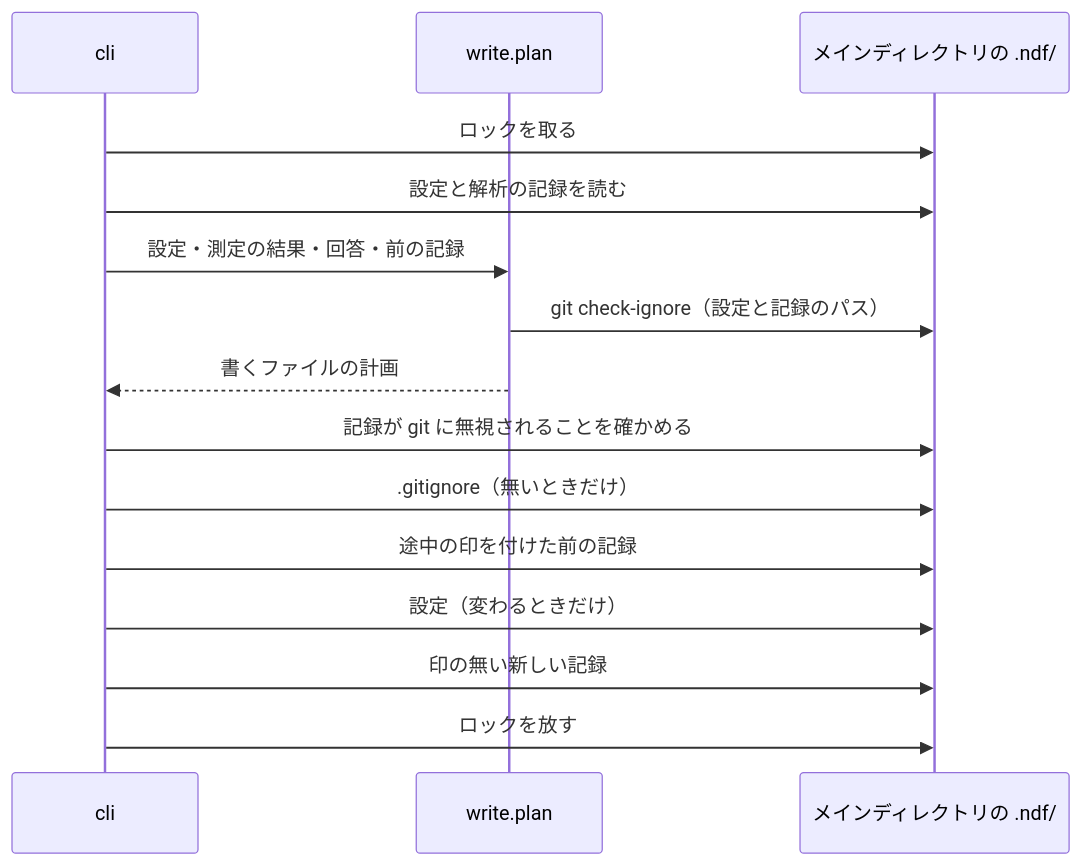
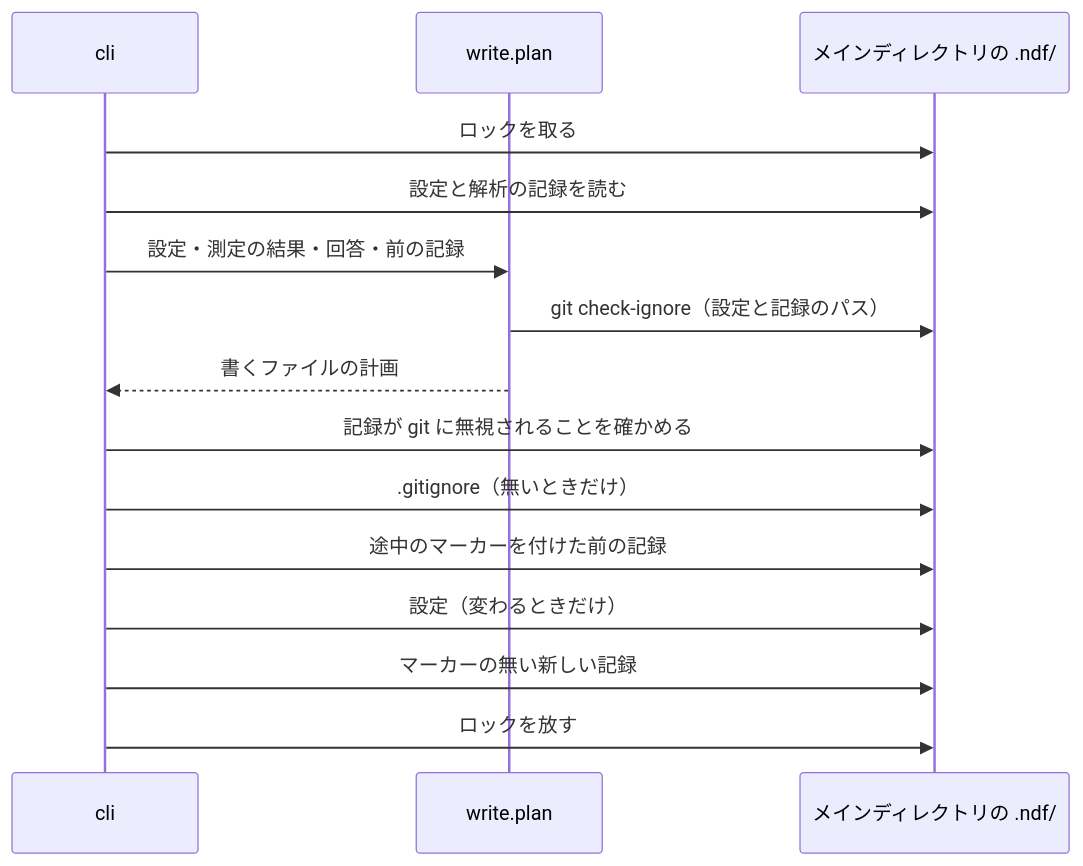
One commit to devbasex/ai-plugins changed the diagram in docs/specifications/ndf-project-analysis-record.md. Above: the diagram before and after it, drawn with Mermaid. The commit also changed other lines of this file, not shown here.

````diff
--- a/docs/specifications/ndf-project-analysis-record.md
+++ b/docs/specifications/ndf-project-analysis-record.md
@@ -98,17 +98,17 @@
 ```mermaid
 sequenceDiagram
   participant CLI as cli
   participant W as write.plan
   participant FS as メインディレクトリの .ndf/
   CLI->>FS: ロックを取る
   CLI->>FS: 設定と解析の記録を読む
   CLI->>W: 設定・測定の結果・回答・前の記録
   W->>FS: git check-ignore（設定と記録のパス）
   W-->>CLI: 書くファイルの計画
   CLI->>FS: 記録が git に無視されることを確かめる
   CLI->>FS: .gitignore（無いときだけ）
-  CLI->>FS: 途中の印を付けた前の記録
+  CLI->>FS: 途中のマーカーを付けた前の記録
   CLI->>FS: 設定（変わるときだけ）
-  CLI->>FS: 印の無い新しい記録
+  CLI->>FS: マーカーの無い新しい記録
   CLI->>FS: ロックを放す
 ```
````
